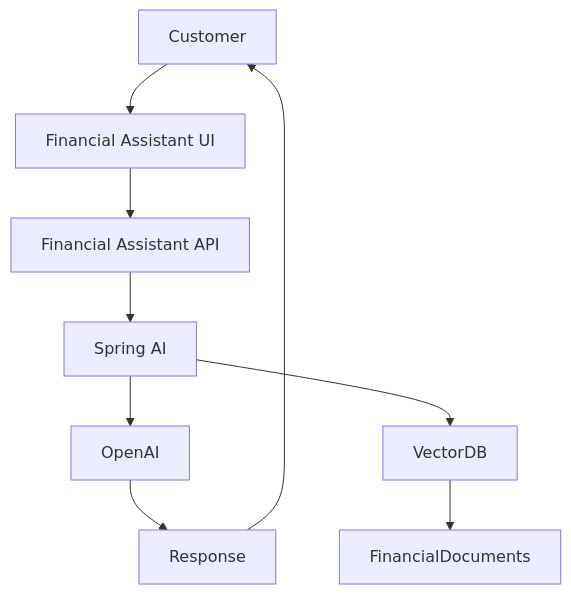
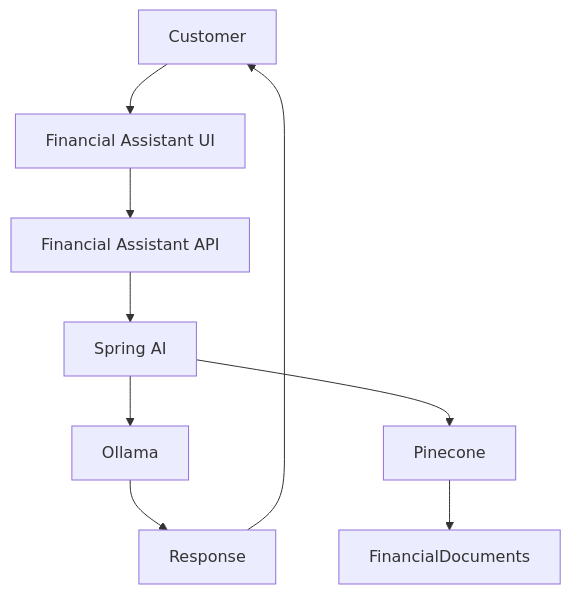
One commit to mohammadadil-dev/financial-assistant-api changed the first of 2 diagrams in README.md. Above: the diagram before and after it, drawn with Mermaid. The commit also changed other lines of this file, not shown here.

````diff
--- a/README.md
+++ b/README.md
@@ -24,27 +24,27 @@
 ```mermaid
 flowchart TD
 
 Customer
 --> UI[Financial Assistant UI]
 
 UI
 --> API[Financial Assistant API]
 
 API
 --> SpringAI[Spring AI]
 
 SpringAI
---> OpenAI
+--> Ollama
 
 SpringAI
---> VectorDB
+--> Pinecone
 
-VectorDB
+Pinecone
 --> FinancialDocuments
 
-OpenAI
+Ollama
 --> Response
 
 Response
 --> Customer
 ```
````
